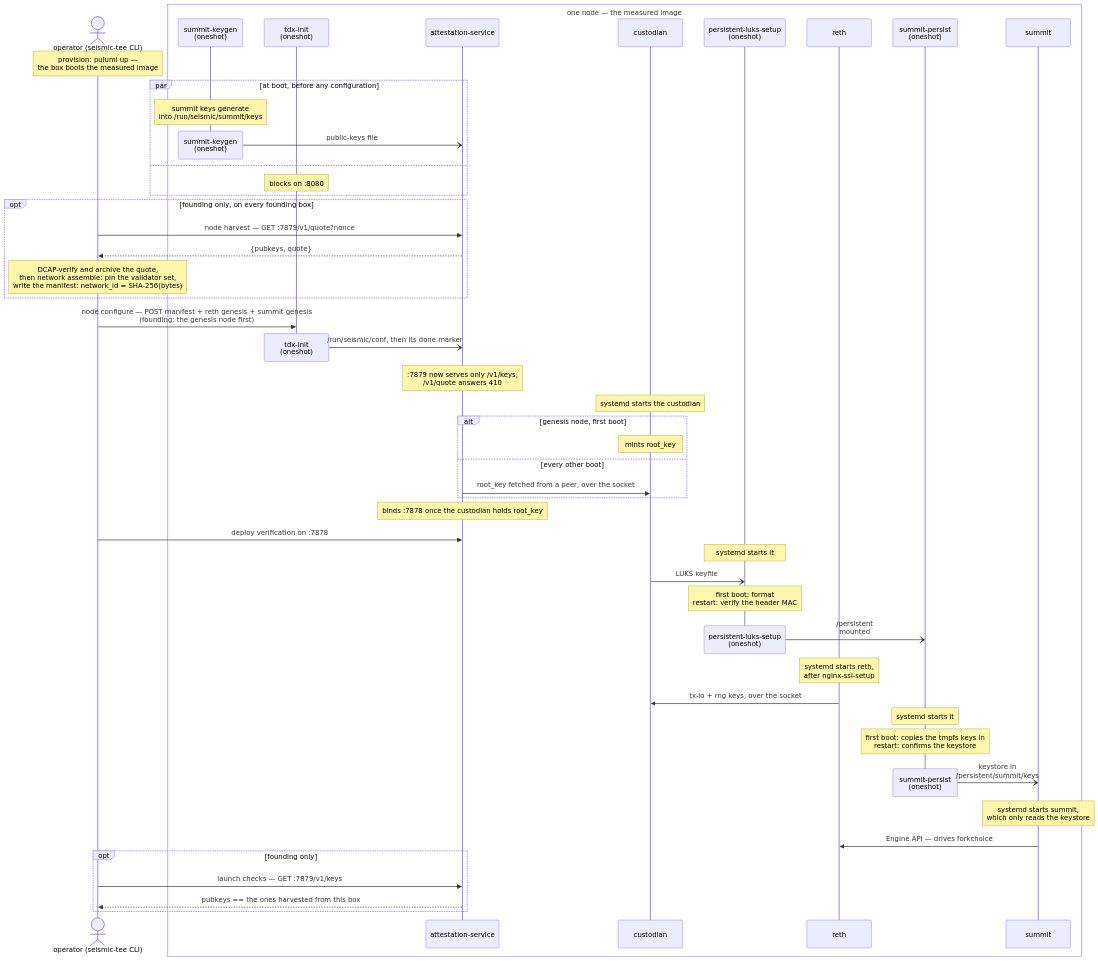
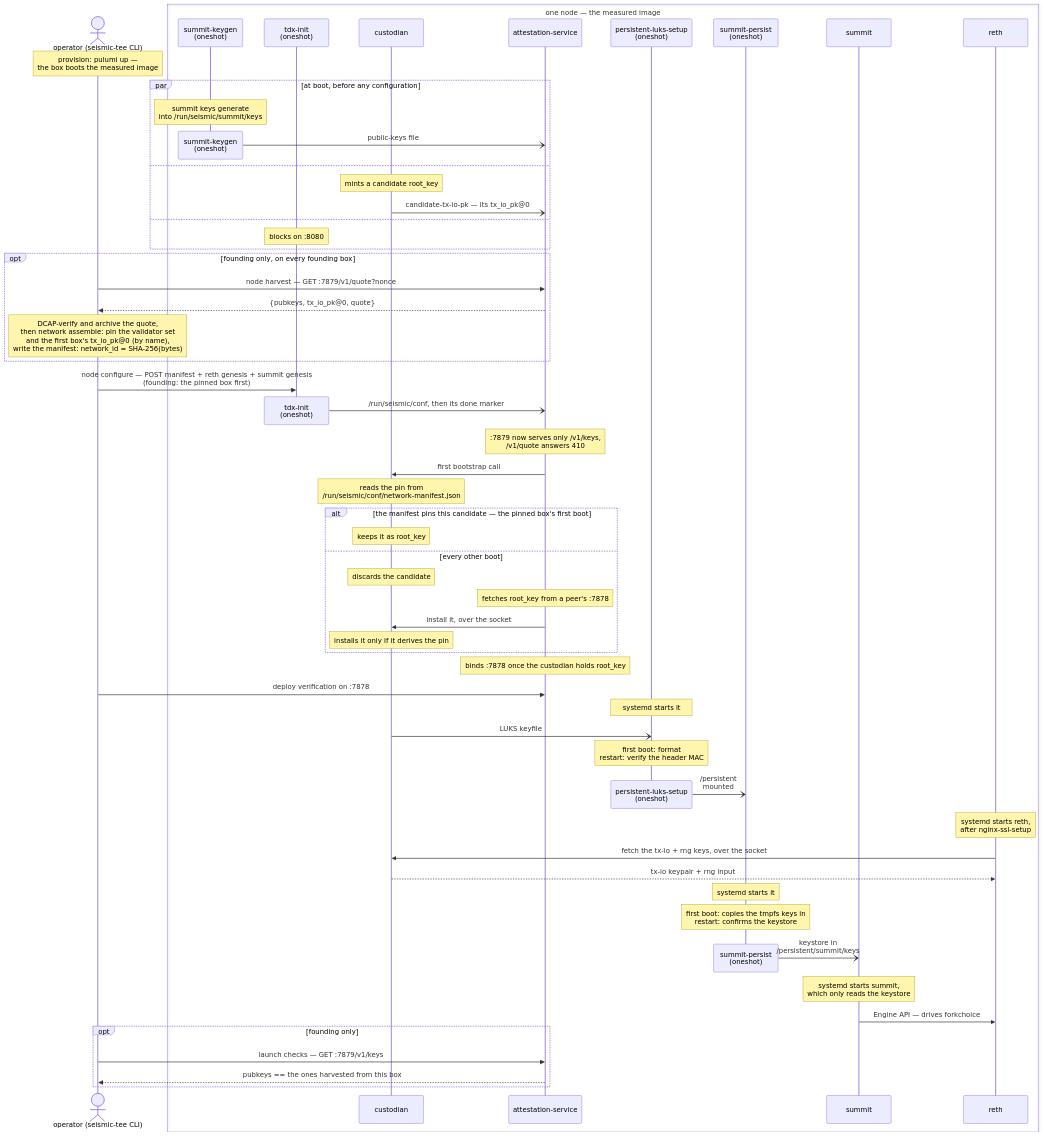
Before and after one commit to SeismicSystems/seismic: the first of 2 diagrams in docs/tee/architecture.md, drawn with Mermaid. The commit also changed other lines of this file and 8 other files, not shown here.

First line of the commit message:
docs(tee): every box mints, the manifest pins founding_tx_io_pk

````diff
--- a/docs/tee/architecture.md
+++ b/docs/tee/architecture.md
@@ -150,60 +152,68 @@
 ```mermaid
 sequenceDiagram
     actor O as operator (seismic-tee CLI)
     box one node — the measured image
         participant KG as summit-keygen<br/>(oneshot)
         participant TI as tdx-init<br/>(oneshot)
+        participant CU as custodian
         participant AS as attestation-service
-        participant CU as custodian
         participant LK as persistent-luks-setup<br/>(oneshot)
-        participant RE as reth
         participant SP as summit-persist<br/>(oneshot)
         participant SU as summit
+        participant RE as reth
     end
 
     Note over O: provision: pulumi up —<br/>the box boots the measured image
     par at boot, before any configuration
         Note over KG: summit keys generate<br/>into /run/seismic/summit/keys
         destroy KG
         KG-)AS: public-keys file
     and
+        Note over CU: mints a candidate root_key
+        CU-)AS: candidate-tx-io-pk — its tx_io_pk@0
+    and
         Note over TI: blocks on :8080
     end
 
     opt founding only, on every founding box
         O->>AS: node harvest — GET :7879/v1/quote?nonce
-        AS-->>O: {pubkeys, quote}
-        Note over O: DCAP-verify and archive the quote,<br/>then network assemble: pin the validator set,<br/>write the manifest: network_id = SHA-256(bytes)
+        AS-->>O: {pubkeys, tx_io_pk@0, quote}
+        Note over O: DCAP-verify and archive the quote,<br/>then network assemble: pin the validator set<br/>and the first box's tx_io_pk@0 (by name),<br/>write the manifest: network_id = SHA-256(bytes)
     end
 
-    O->>TI: node configure — POST manifest + reth genesis + summit genesis<br/>(founding: the genesis node first)
+    O->>TI: node configure — POST manifest + reth genesis + summit genesis<br/>(founding: the pinned box first)
     destroy TI
     TI-)AS: /run/seismic/conf, then its done marker
     Note over AS: :7879 now serves only /v1/keys,<br/>/v1/quote answers 410
-    Note over CU: systemd starts the custodian
-    alt genesis node, first boot
-        Note over CU: mints root_key
+    AS->>CU: first bootstrap call
+    Note over CU: reads the pin from<br/>/run/seismic/conf/network-manifest.json
+    alt the manifest pins this candidate — the pinned box's first boot
+        Note over CU: keeps it as root_key
     else every other boot
-        AS->>CU: root_key fetched from a peer, over the socket
+        Note over CU: discards the candidate
+        Note over AS: fetches root_key from a peer's :7878
+        AS->>CU: install it, over the socket
+        Note over CU: installs it only if it derives the pin
     end
     Note over AS: binds :7878 once the custodian holds root_key
     O->>AS: deploy verification on :7878
     Note over LK: systemd starts it
     CU-)LK: LUKS keyfile
     Note over LK: first boot: format<br/>restart: verify the header MAC
     destroy LK
     LK-)SP: /persistent<br/>mounted
     Note over RE: systemd starts reth,<br/>after nginx-ssl-setup
-    RE->>CU: tx-io + rng keys, over the socket
+    RE->>CU: fetch the tx-io + rng keys, over the socket
+    CU-->>RE: tx-io keypair + rng input
     Note over SP: systemd starts it
     Note over SP: first boot: copies the tmpfs keys in<br/>restart: confirms the keystore
     destroy SP
     SP-)SU: keystore in<br/>/persistent/summit/keys
     Note over SU: systemd starts summit,<br/>which only reads the keystore
     SU->>RE: Engine API — drives forkchoice
 
     opt founding only
         O->>AS: launch checks — GET :7879/v1/keys
         AS-->>O: pubkeys == the ones harvested from this box
     end
 ```
````
